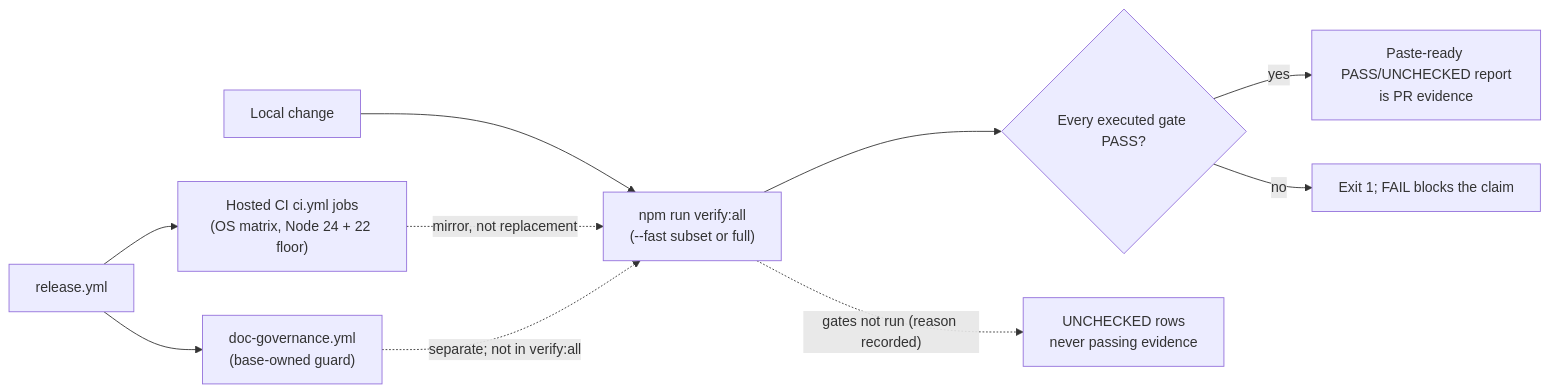
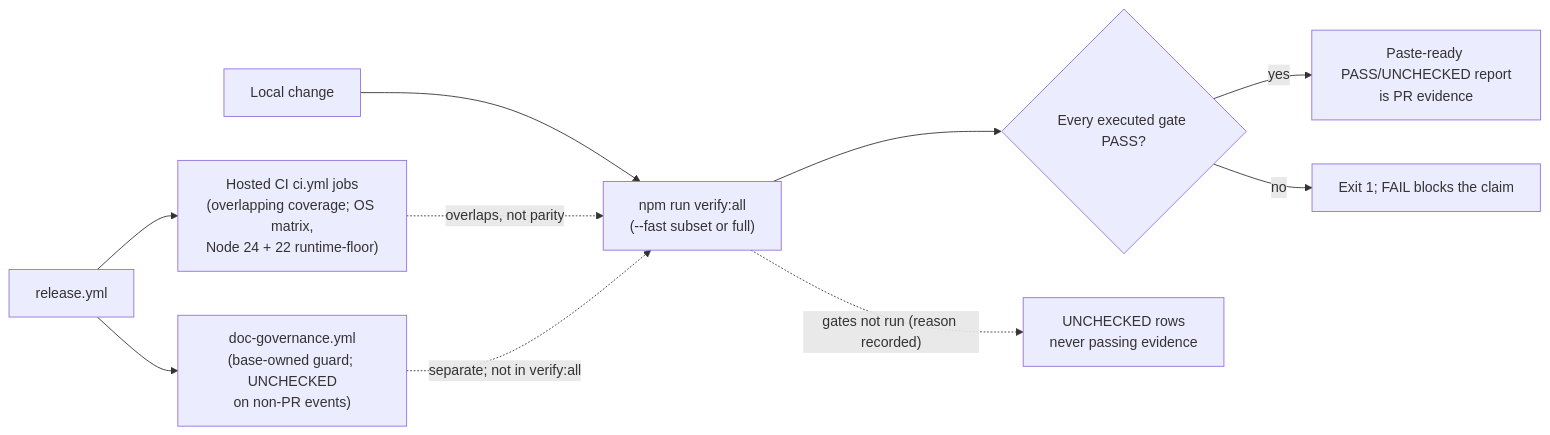
One commit to dyphn1/Harness-everything changed the diagram in docs/adr/EVID-001.md. Above: the diagram before and after it, drawn with Mermaid. The commit also changed other lines of this file and 1 other file, not shown here.

First line of the commit message:
docs(adr): draft evid-001 for the verify:all gate

````diff
--- a/docs/adr/EVID-001.md
+++ b/docs/adr/EVID-001.md
@@ -34,12 +60,12 @@
 ```mermaid
 flowchart LR
   A["Local change"] --> B["npm run verify:all<br/>(--fast subset or full)"]
   B --> C{"Every executed gate PASS?"}
   C -->|yes| D["Paste-ready PASS/UNCHECKED report<br/>is PR evidence"]
   C -->|no| E["Exit 1; FAIL blocks the claim"]
   B -. "gates not run (reason recorded)" .-> F["UNCHECKED rows<br/>never passing evidence"]
-  G["Hosted CI ci.yml jobs<br/>(OS matrix, Node 24 + 22 floor)"] -. "mirror, not replacement" .-> B
-  H["doc-governance.yml<br/>(base-owned guard)"] -. "separate; not in verify:all" .-> B
+  G["Hosted CI ci.yml jobs<br/>(overlapping coverage; OS matrix,<br/>Node 24 + 22 runtime-floor)"] -. "overlaps, not parity" .-> B
+  H["doc-governance.yml<br/>(base-owned guard; UNCHECKED<br/>on non-PR events)"] -. "separate; not in verify:all" .-> B
   I["release.yml"] --> G
   I --> H
 ```
````
